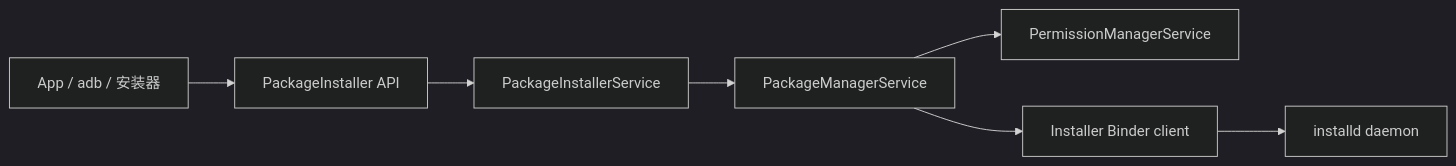
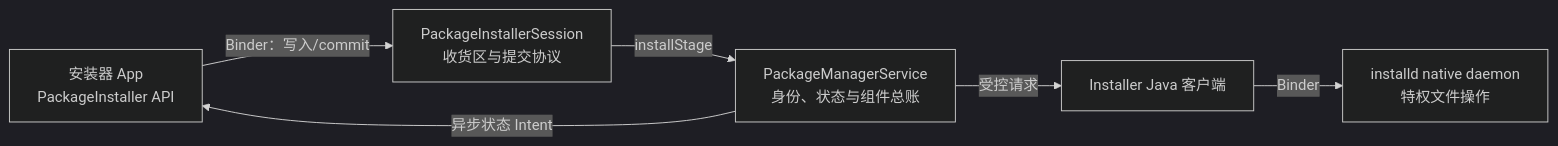
One commit to junyingzhao001/StudyNotes changed the first of 2 diagrams in Android源码学习/13-PackageManagerService包管理与APK安装.md. Above: the diagram before and after it, drawn with Mermaid (dark theme). The commit also changed other lines of this file and 93 other files, not shown here.

````diff
--- a/Android源码学习/13-PackageManagerService包管理与APK安装.md
+++ b/Android源码学习/13-PackageManagerService包管理与APK安装.md
@@ -78,9 +85,14 @@
 ```mermaid
 flowchart LR
-    APP["App / adb / 安装器"] --> PI["PackageInstaller API"]
-    PI --> PIS["PackageInstallerService"]
-    PIS --> PMS["PackageManagerService"]
-    PMS --> PERM["PermissionManagerService"]
-    PMS --> INST["Installer Binder client"]
-    INST --> ID["installd daemon"]
+    A["安装器 App<br/>PackageInstaller API"]
+    S["PackageInstallerSession<br/>收货区与提交协议"]
+    P["PackageManagerService<br/>身份、状态与组件总账"]
+    I["Installer Java 客户端"]
+    D["installd native daemon<br/>特权文件操作"]
+
+    A -->|"Binder：写入/commit"| S
+    S -->|"installStage"| P
+    P -->|"受控请求"| I
+    I -->|"Binder"| D
+    P -->|"异步状态 Intent"| A
 ```
````
